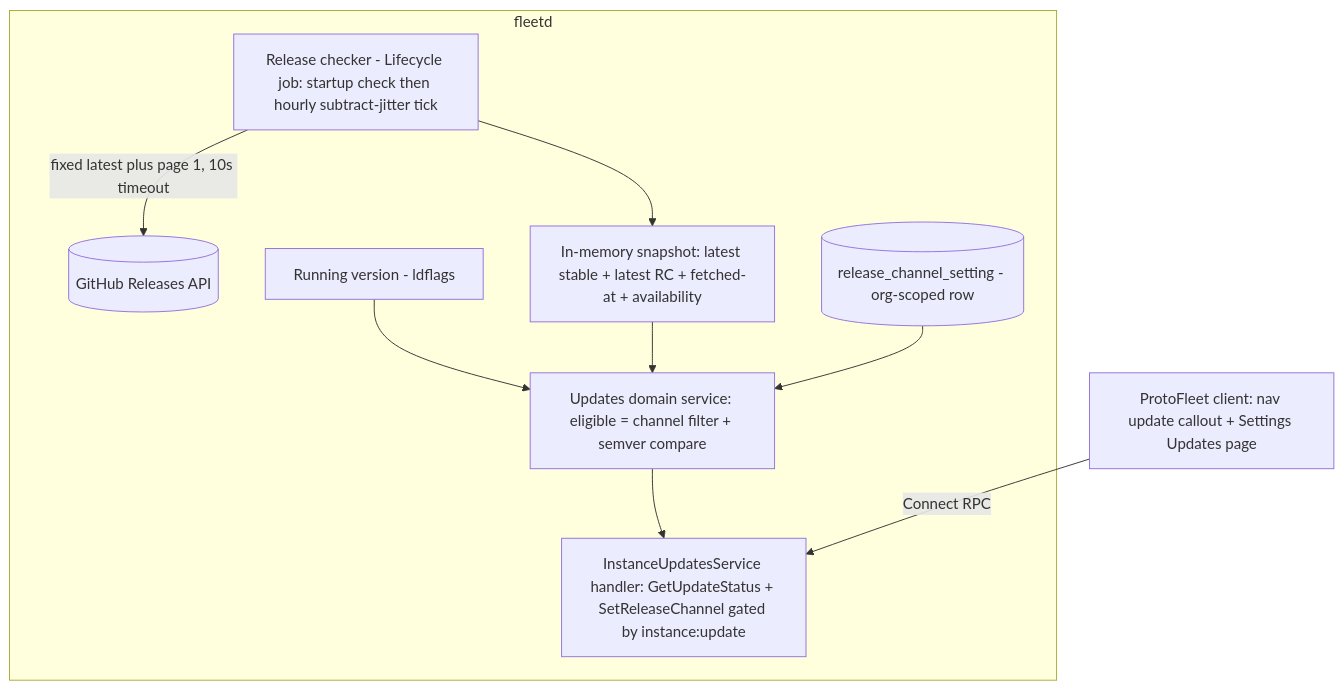
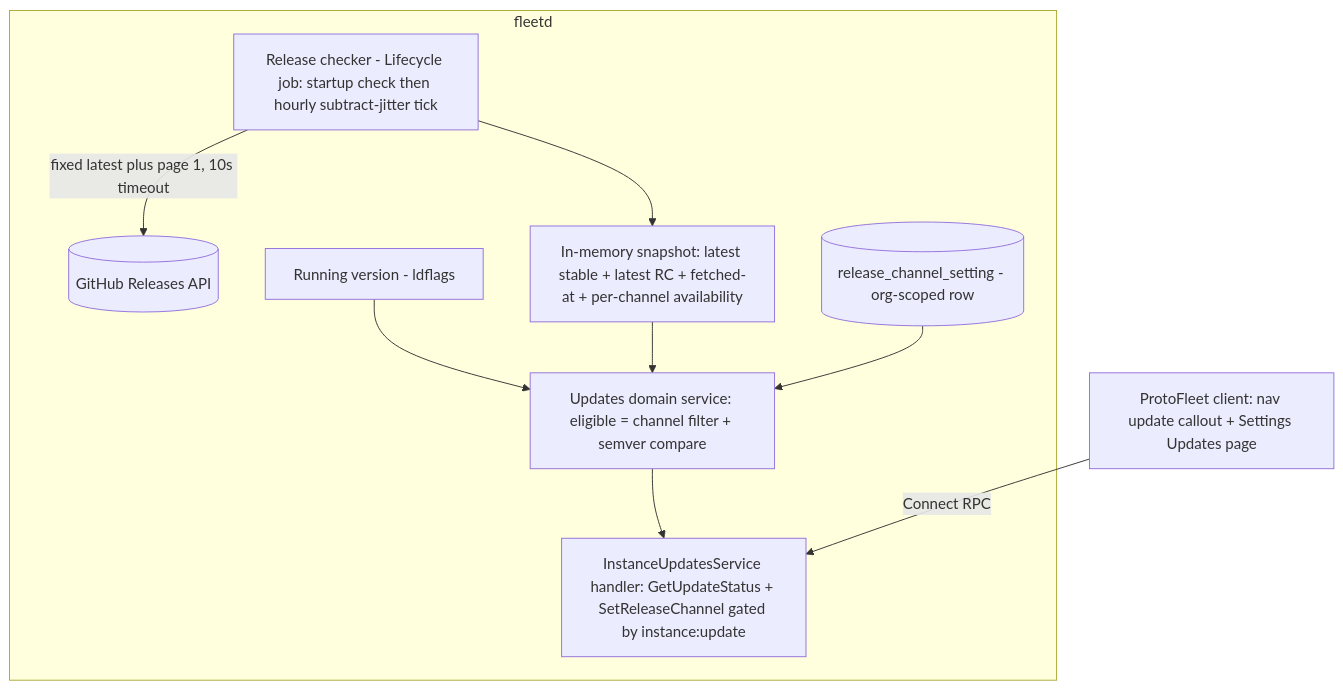
Before and after one commit to block/proto-fleet: the second of 2 diagrams in docs/plans/2026-07-27-001-feat-release-update-notifications-plan.md, drawn with Mermaid. The commit also changed other lines of this file and 3 other files, not shown here.

````diff
--- a/docs/plans/2026-07-27-001-feat-release-update-notifications-plan.md
+++ b/docs/plans/2026-07-27-001-feat-release-update-notifications-plan.md
@@ -183,13 +183,13 @@
 ```mermaid
 flowchart TB
   G[(GitHub Releases API)]
   subgraph fleetd
     C[Release checker - Lifecycle job: startup check then hourly subtract-jitter tick] -->|fixed latest plus page 1, 10s timeout| G
-    C --> K[In-memory snapshot: latest stable + latest RC + fetched-at + availability]
+    C --> K[In-memory snapshot: latest stable + latest RC + fetched-at + per-channel availability]
     V[Running version - ldflags] --> SVC[Updates domain service: eligible = channel filter + semver compare]
     K --> SVC
     DB[(release_channel_setting - org-scoped row)] --> SVC
     SVC --> H[InstanceUpdatesService handler: GetUpdateStatus + SetReleaseChannel gated by instance:update]
   end
   B[ProtoFleet client: nav update callout + Settings Updates page] -->|Connect RPC| H
 ```
````
